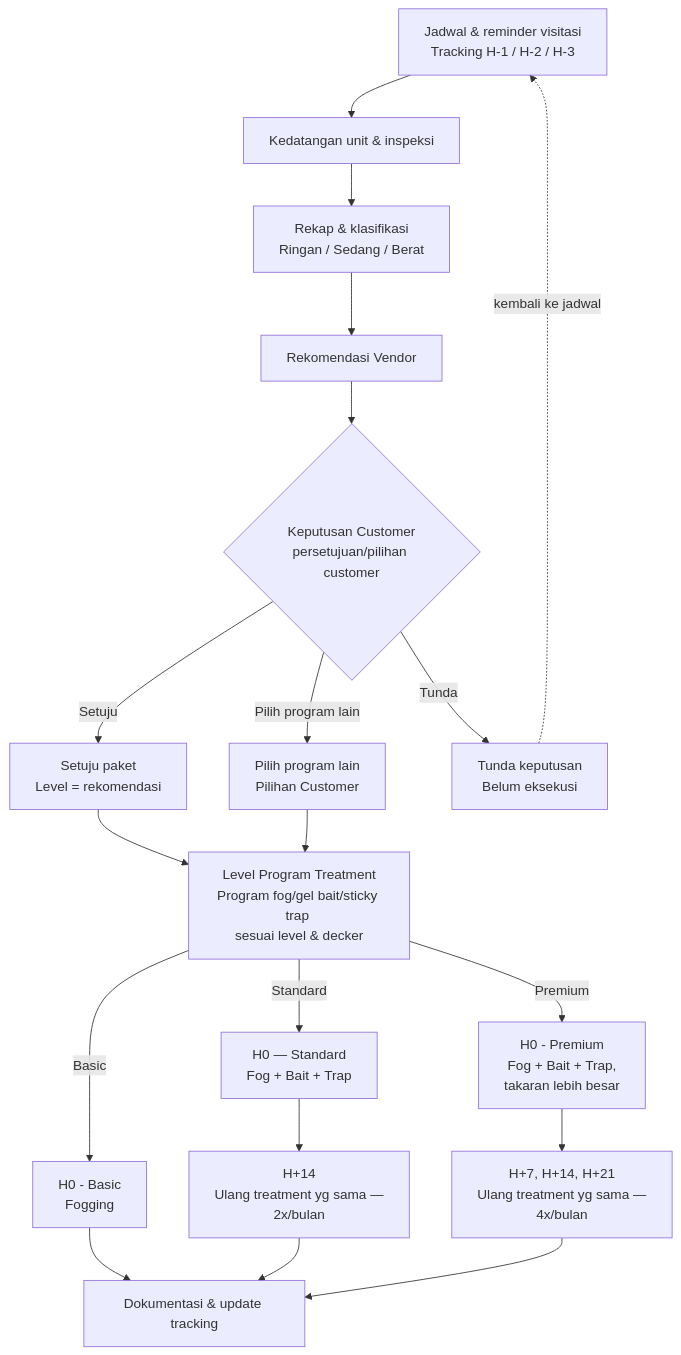
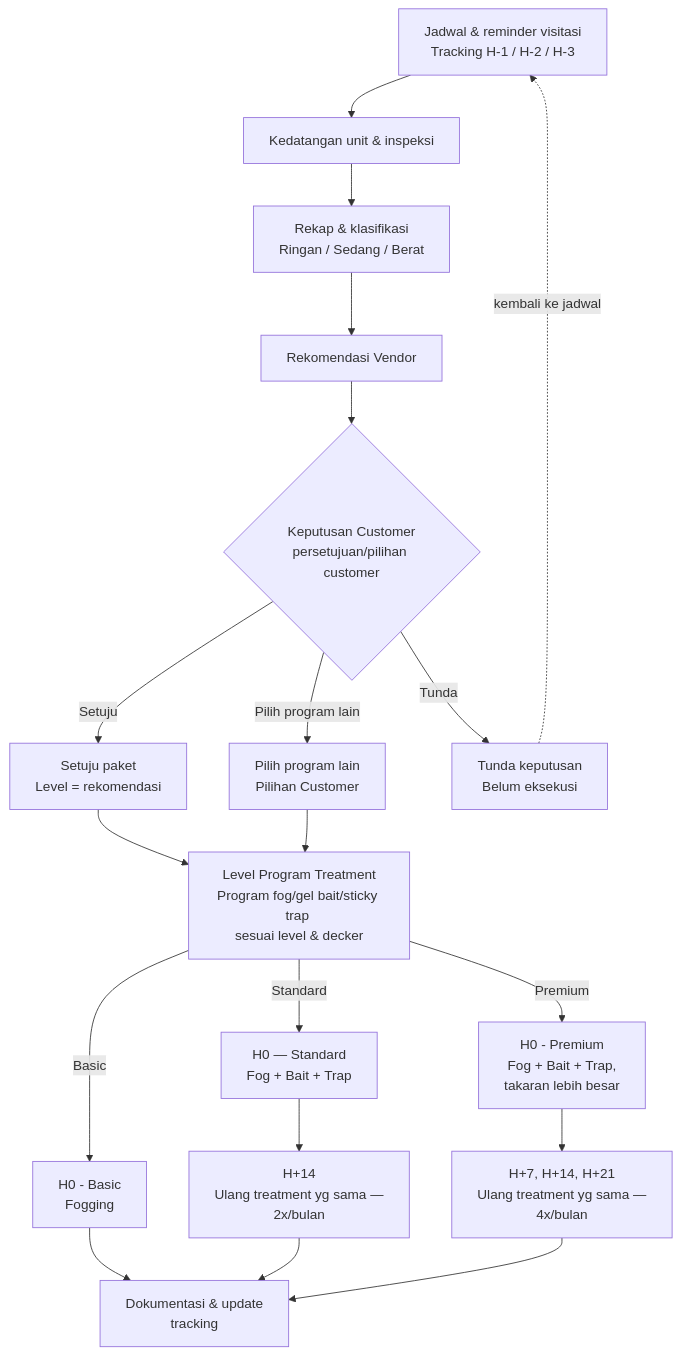
Before and after one commit to Vanialive/WorkflowBugHunter: the diagram in README.md, drawn with Mermaid. The commit also changed other lines of this file, not shown here.

````diff
--- a/README.md
+++ b/README.md
@@ -8,22 +8,22 @@
 ```mermaid
 flowchart TD
     A["Jadwal & reminder visitasi<br/>Tracking H-1 / H-2 / H-3"] --> B["Kedatangan unit & inspeksi"]
     B --> C["Rekap & klasifikasi<br/>Ringan / Sedang / Berat"]
     C --> D["Rekomendasi Vendor"]
     D --> E{"Keputusan Customer<br>persetujuan/pilihan customer"}
     E -->|Setuju| F["Setuju paket<br/>Level = rekomendasi"]
     E -->|Pilih program lain| G["Pilih program lain<br/>Pilihan Customer"]
     E -->|Tunda| H["Tunda keputusan<br/>Belum eksekusi"]
     H -.kembali ke jadwal.-> A
     F --> I["Level Program Treatment<br/>Program fog/gel bait/sticky trap <br>sesuai level & decker"]
     G --> I
     I --> |Basic| J1["H0 - Basic<br/> Fogging"]
     I --> |Standard| J2["H0 — Standard<br/>Fog + Bait + Trap"]
     I --> |Premium| J3["H0 - Premium<br>Fog + Bait + Trap,<br>takaran lebih besar"]
-    J1 --> M["Dokumentasi & update tracking"]
+    J1 --> M["Dokumentasi & update<br>tracking"]
     J2 --> K1["H+14<br/>Ulang treatment yg sama —<br>2x/bulan"]
     J3 --> K2["H+7, H+14, H+21<br/>Ulang treatment yg sama —<br>4x/bulan"]
     K1 --> M
     K2 --> M
 
 ```
````
